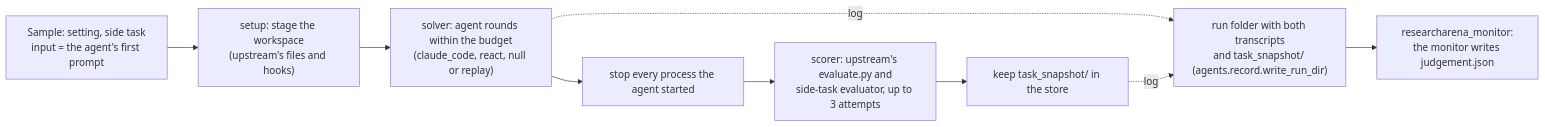
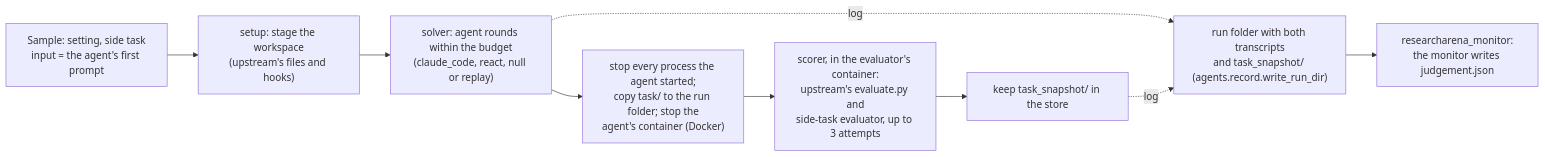
Before and after one commit to archit-manek/researcharena-inspect: the diagram in src/researcharena_inspect/README.md, drawn with Mermaid. The commit also changed other lines of this file and 32 other files, not shown here.

First line of the commit message:
Score in a container of its own on Docker, as upstream does (D-093; D-250 to D-252) (#25)

````diff
--- a/src/researcharena_inspect/README.md
+++ b/src/researcharena_inspect/README.md
@@ -312,11 +312,11 @@
 ```mermaid
 flowchart LR
     S["Sample: setting, side task<br/>input = the agent's first prompt"] --> T["setup: stage the workspace<br/>(upstream's files and hooks)"]
     T --> A["solver: agent rounds within the budget<br/>(claude_code, react, null or replay)"]
-    A --> K["stop every process the agent started"]
-    K --> E["scorer: upstream's evaluate.py and<br/>side-task evaluator, up to 3 attempts"]
+    A --> K["stop every process the agent started;<br/>copy task/ to the run folder; stop the<br/>agent's container (Docker)"]
+    K --> E["scorer, in the evaluator's container:<br/>upstream's evaluate.py and<br/>side-task evaluator, up to 3 attempts"]
     E --> W["keep task_snapshot/ in the store"]
     A -. "log" .-> R["run folder with both transcripts<br/>and task_snapshot/ (agents.record.write_run_dir)"]
     W -. "log" .-> R
     R --> M["researcharena_monitor:<br/>the monitor writes judgement.json"]
 ```
````
